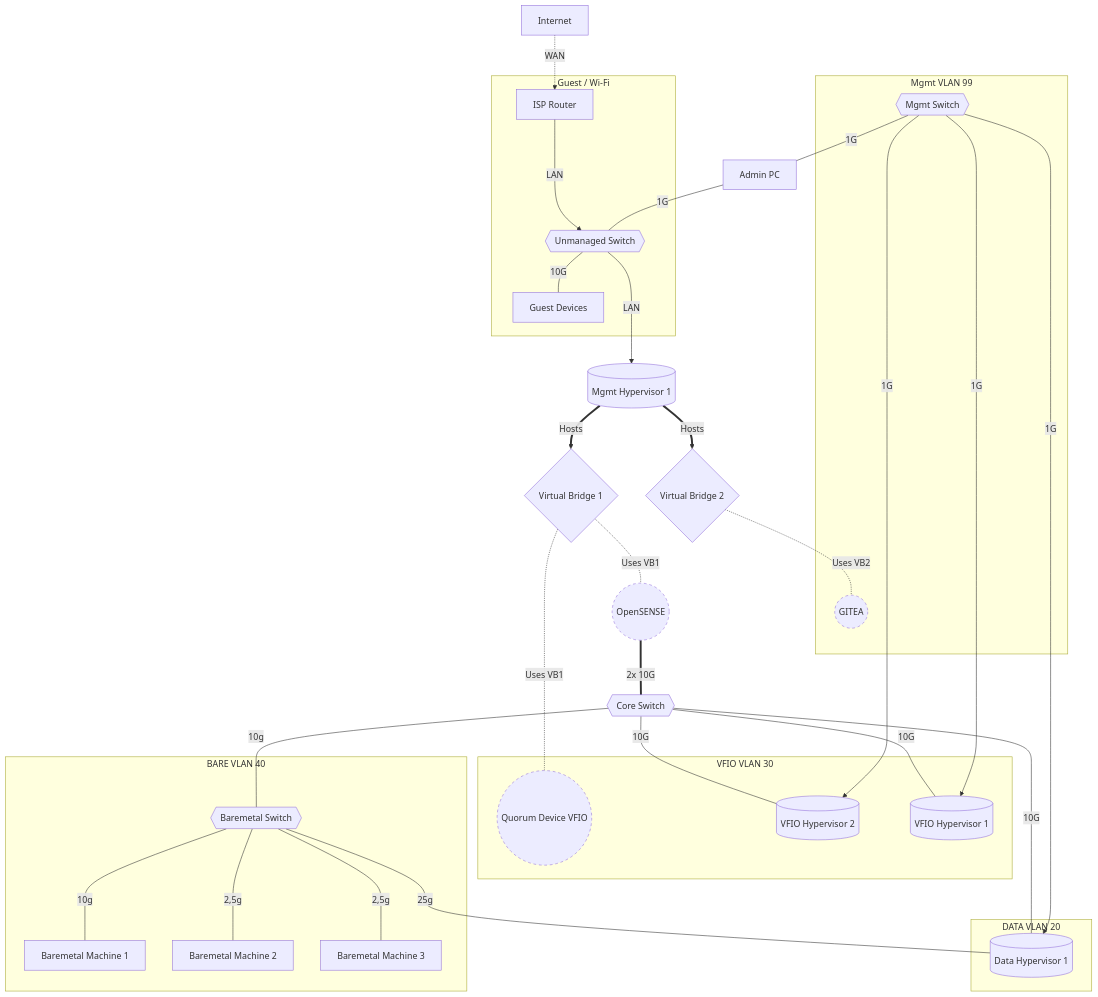
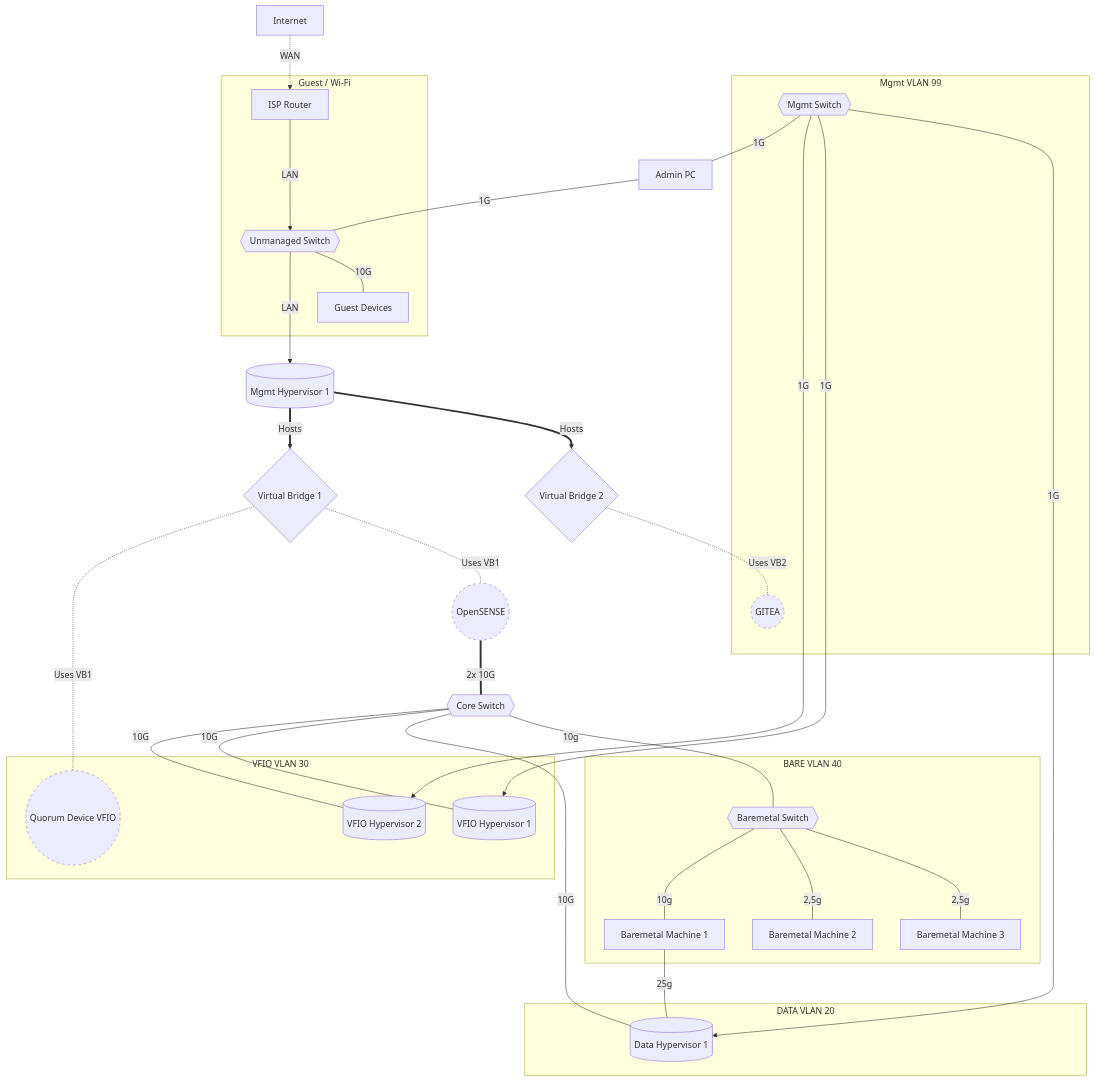
One commit to woeiru/lab changed the diagram in alp/netop.md. Above: the diagram before and after it, drawn with Mermaid.

Commit message:
alp/netop.md: change DH1 connection to BM1 directly

````diff
--- a/alp/netop.md
+++ b/alp/netop.md
@@ -3,52 +3,52 @@
 ```mermaid
 graph TD
     INT[Internet] -.-> |WAN| ISPR[ISP Router]
     ISPR ---> |LAN| US
     US{{Unmanaged Switch}} ---> |LAN| MH1[(Mgmt Hypervisor 1)]
     VB1{Virtual Bridge 1} -.- |"Uses VB1"| QDV((Quorum Device VFIO))
     VB1 -.- |"Uses VB1"| OPN((OpenSENSE))
     OPN ===|"2x 10G"| CS{{Core Switch}}
     MS{{Mgmt Switch}} ---|"1G"| APC[Admin PC]
     APC ---|"1G"| US
     MH1 ==>|"Hosts"| VB1
     MH1 ==>|"Hosts"| VB2{Virtual Bridge 2}
     VB2 -.- |"Uses VB2"| GIT((GITEA))
     CS ---|"10G"| VH2[(VFIO Hypervisor 2)]
     MS --->|"1G"| VH2
     US ---|"10G"| GD[Guest Devices]
     CS ---|"10G"| VH1[(VFIO Hypervisor 1)]
     MS --->|"1G"| VH1
     CS ---|"10G"| DH1[(Data Hypervisor 1)]
     MS --->|"1G"| DH1
     CS ---|"10g"| BMS{{Baremetal Switch}}
     BMS ---|"10g"| BM1[Baremetal Machine 1]
-    BMS ---|"25g"| DH1
+    BM1 ---|"25g"| DH1
     BMS ---|"2,5g"| BM2[Baremetal Machine 2]
     BMS ---|"2,5g"| BM3[Baremetal Machine 3]
     subgraph VLAN20 [DATA VLAN 20]
         DH1
     end
     subgraph VLAN30 [VFIO VLAN 30]
         VH1
         VH2
         QDV
     end
     subgraph VLAN40 [BARE VLAN 40]
        BMS
        BM1 
        BM2 
        BM3 
     end
 
     subgraph VLAN99 [Mgmt VLAN 99]
         MS
         GIT
     end
     subgraph Guest [Guest / Wi-Fi]
         ISPR
         GD
         US
     end
     classDef punctuated stroke-dasharray: 5 5;
     class GIT,QDV,OPN punctuated;
 ```
````
